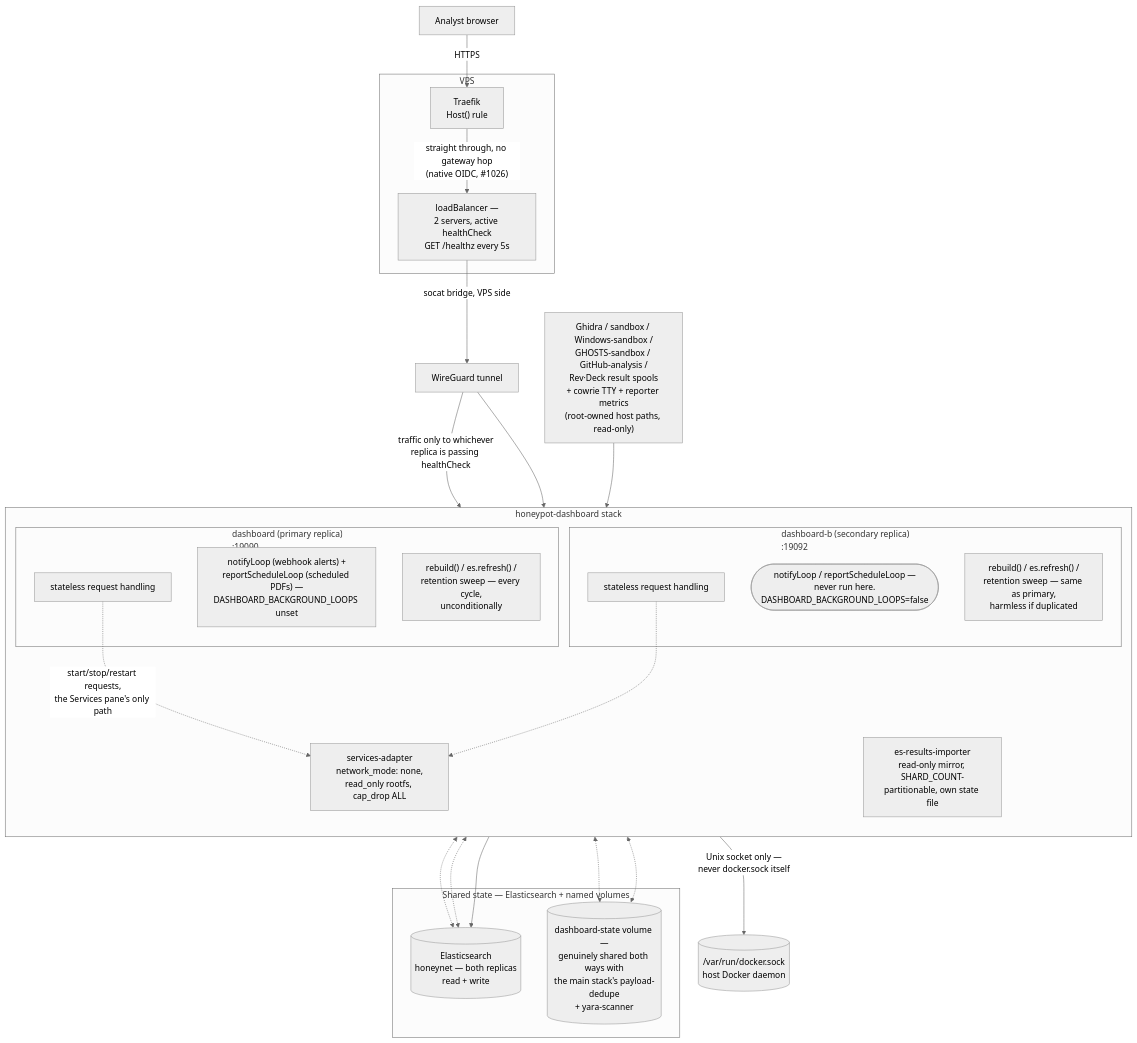
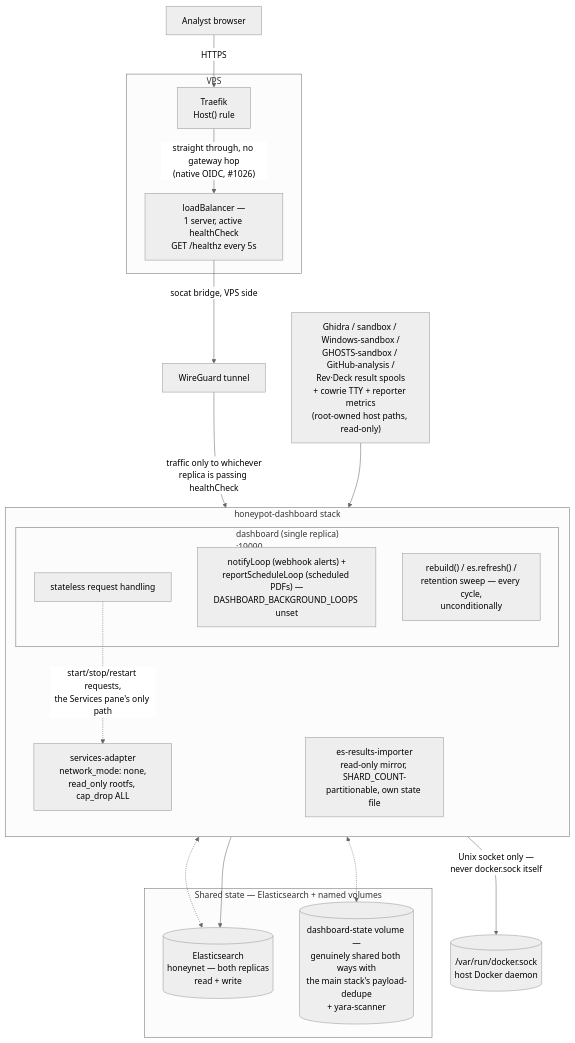
One commit to Xore/APIARY changed the third of 9 diagrams in docs/ARCHITECTURE.md. Above: the diagram before and after it, drawn with Mermaid (neutral theme). The commit also changed other lines of this file and 14 other files, not shown here.

````diff
--- a/docs/ARCHITECTURE.md
+++ b/docs/ARCHITECTURE.md
@@ -432,53 +432,44 @@
 ```mermaid
 flowchart TB
   analyst["Analyst browser"]
 
   subgraph vps["VPS"]
     traefik["Traefik<br/>Host() rule"]
-    lb["loadBalancer —<br/>2 servers, active healthCheck<br/>GET /healthz every 5s"]
+    lb["loadBalancer —<br/>1 server, active healthCheck<br/>GET /healthz every 5s"]
   end
 
   wg["WireGuard tunnel"]
 
   subgraph dashStack["honeypot-dashboard stack"]
     direction TB
-    subgraph primary["dashboard (primary replica)<br/>:19090"]
+    subgraph primary["dashboard (single replica)<br/>:19090"]
       primaryReq["stateless request handling"]
       primaryLoops["notifyLoop (webhook alerts) +<br/>reportScheduleLoop (scheduled PDFs) —<br/>DASHBOARD_BACKGROUND_LOOPS unset"]
       primaryRebuild["rebuild() / es.refresh() /<br/>retention sweep — every cycle,<br/>unconditionally"]
-    end
-    subgraph secondary["dashboard-b (secondary replica)<br/>:19092"]
-      secondaryReq["stateless request handling"]
-      secondaryLoops(["notifyLoop / reportScheduleLoop —<br/>never run here.<br/>DASHBOARD_BACKGROUND_LOOPS=false"])
-      secondaryRebuild["rebuild() / es.refresh() /<br/>retention sweep — same as primary,<br/>harmless if duplicated"]
     end
     importer["es-results-importer<br/>read-only mirror, SHARD_COUNT-<br/>partitionable, own state file"]
     adapter["services-adapter<br/>network_mode: none,<br/>read_only rootfs, cap_drop ALL"]
   end
 
   subgraph shared["Shared state — Elasticsearch + named volumes"]
     es[("Elasticsearch<br/>honeynet — both replicas<br/>read + write")]
     dashState[("dashboard-state volume —<br/>genuinely shared both ways with<br/>the main stack's payload-dedupe<br/>+ yara-scanner")]
   end
 
   resultDirs["Ghidra / sandbox / Windows-sandbox /<br/>GHOSTS-sandbox / GitHub-analysis /<br/>Rev·Deck result spools<br/>+ cowrie TTY + reporter metrics<br/>(root-owned host paths, read-only)"]
 
   dockerSock[("/var/run/docker.sock<br/>host Docker daemon")]
 
   analyst -->|"HTTPS"| traefik
   traefik -->|"straight through, no gateway hop<br/>(native OIDC, #1026)"| lb
   lb -->|"socat bridge, VPS side"| wg
   wg -->|"traffic only to whichever<br/>replica is passing healthCheck"| primaryReq
-  wg --> secondaryReq
 
   primaryReq <-.-> es
-  secondaryReq <-.-> es
   primaryReq <-.-> dashState
-  secondaryReq <-.-> dashState
 
   resultDirs --> importer --> es
 
   primaryReq -.->|"start/stop/restart requests,<br/>the Services pane's only path"| adapter
-  secondaryReq -.-> adapter
   adapter -->|"Unix socket only —<br/>never docker.sock itself"| dockerSock
 ```
````
